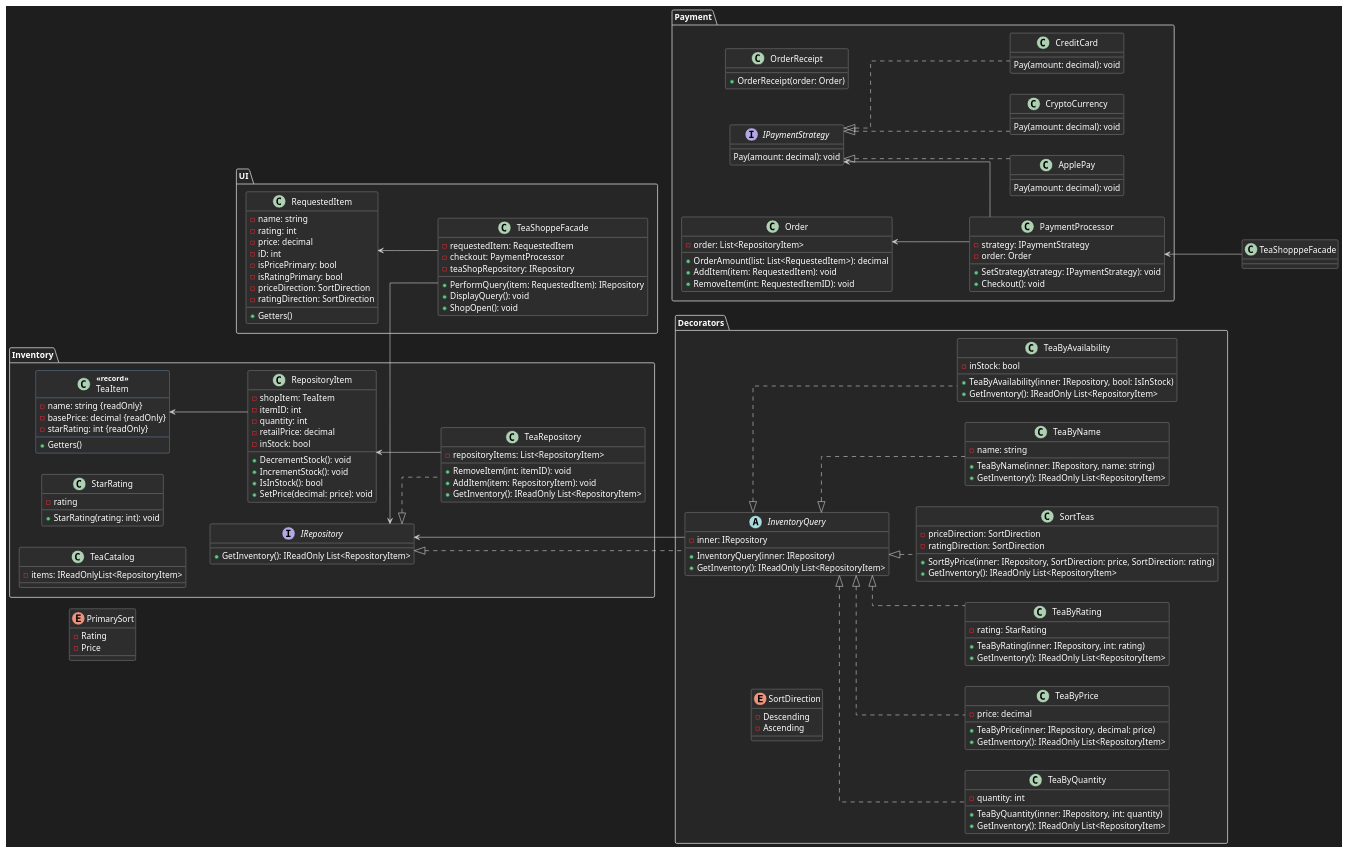
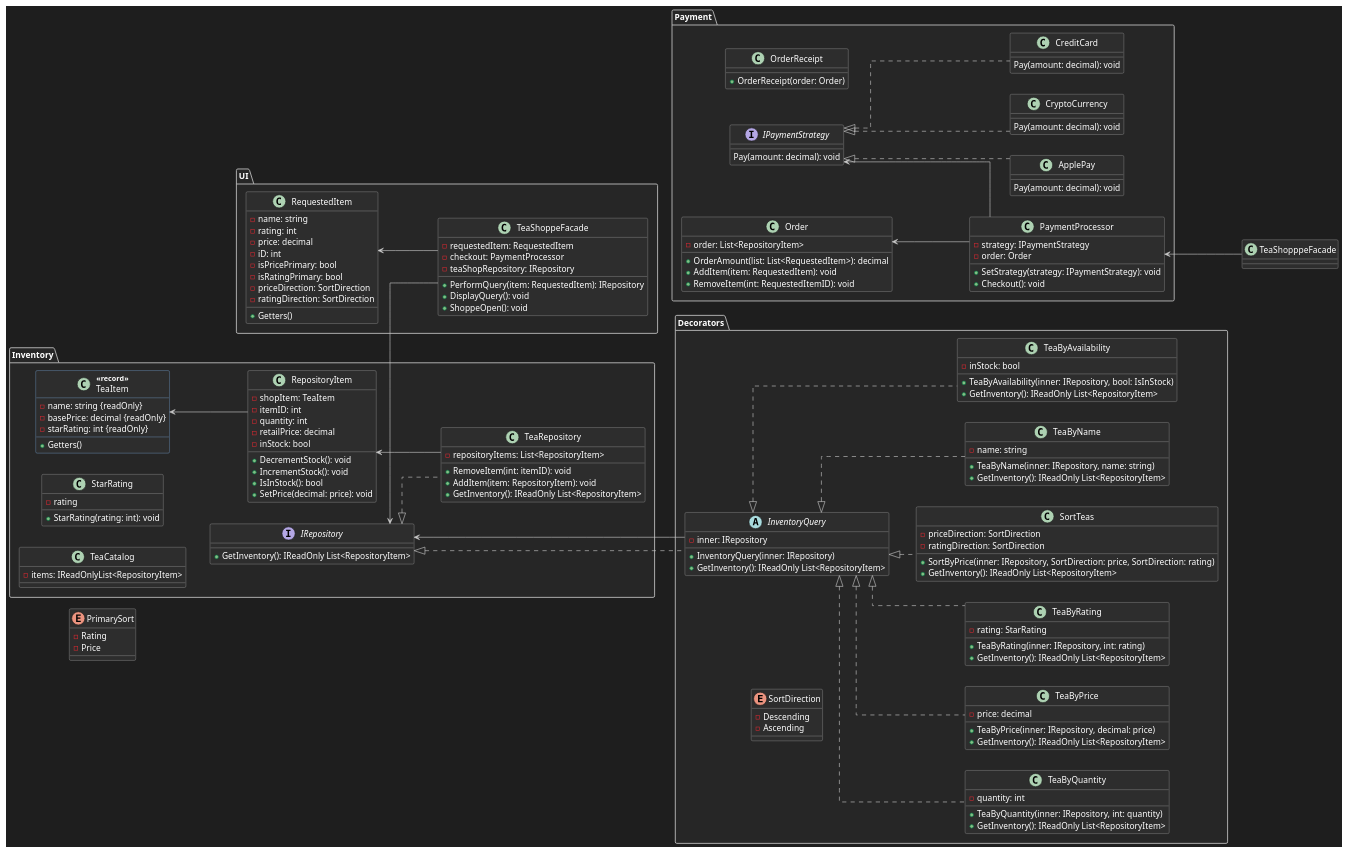
The diagram in tea-shoppe/TeaShoppe/docs/design.puml (Oddwyer/SWE4743_OOD_Assignments), drawn with PlantUML before and after one commit. The commit also changed 11 other files, not shown here.

```diff
--- a/tea-shoppe/TeaShoppe/docs/design.puml
+++ b/tea-shoppe/TeaShoppe/docs/design.puml
@@ -183,7 +183,7 @@
 - teaShopRepository: IRepository
 + PerformQuery(item: RequestedItem): IRepository
 + DisplayQuery(): void
-+ ShopOpen(): void 
++ ShoppeOpen(): void 
 }
 
 class RequestedItem{
```
